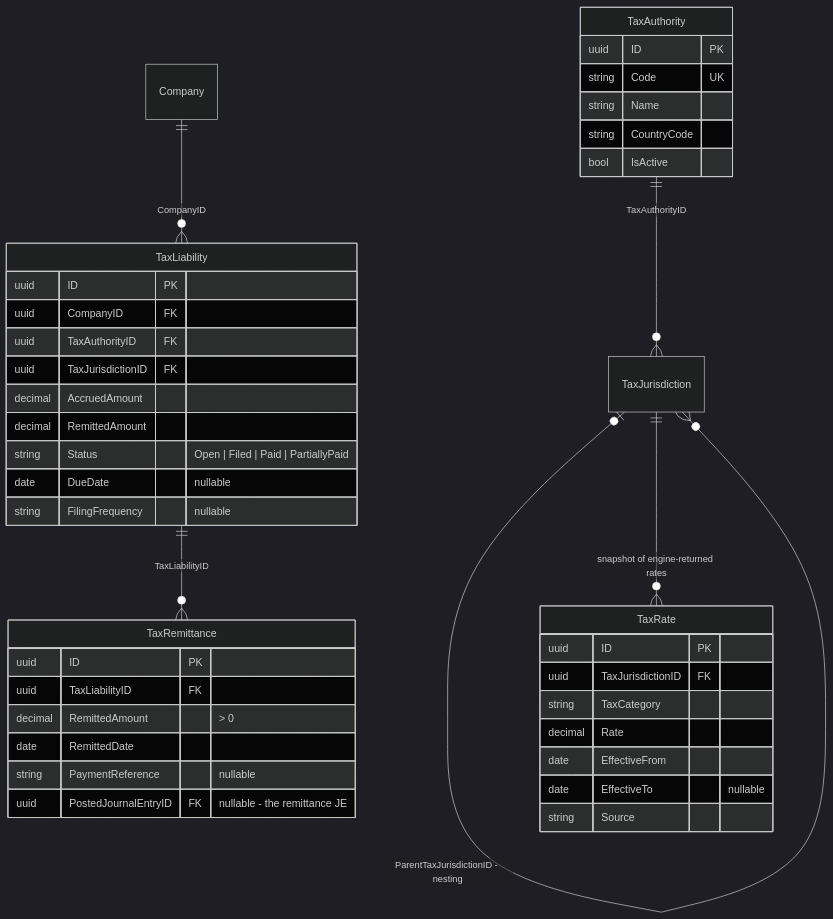
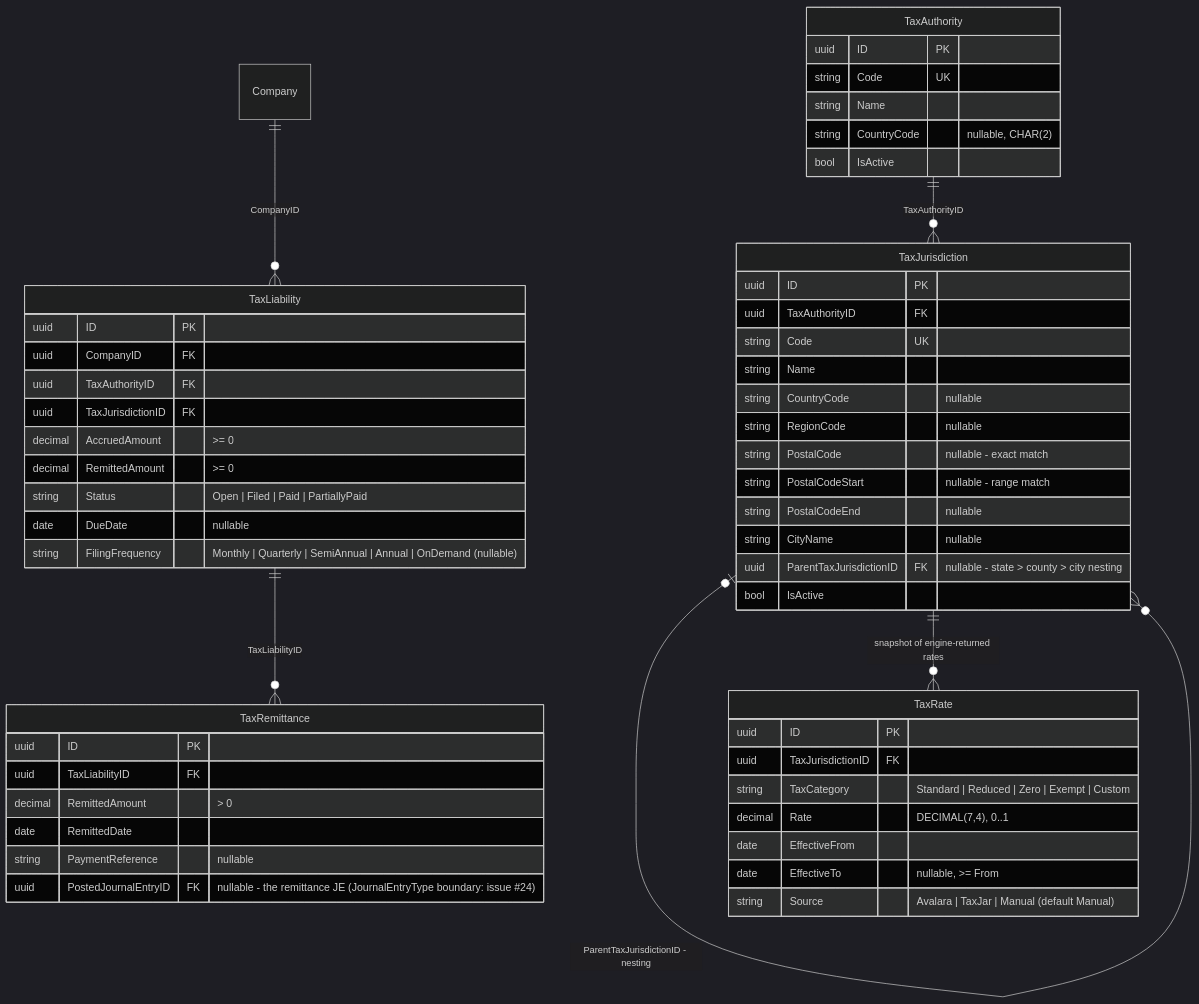
The tenth of 12 diagrams in docs/bizapps-accounting-erd.md (MemberJunction/bizapps-accounting), drawn with Mermaid (dark theme) before and after one commit. The commit also changed other lines of this file and 1 other file, not shown here.

````diff
--- a/docs/bizapps-accounting-erd.md
+++ b/docs/bizapps-accounting-erd.md
@@ -732,44 +754,58 @@
 ```mermaid
 erDiagram
     TaxAuthority ||--o{ TaxJurisdiction : "TaxAuthorityID"
     TaxJurisdiction |o--o{ TaxJurisdiction : "ParentTaxJurisdictionID - nesting"
     TaxJurisdiction ||--o{ TaxRate : "snapshot of engine-returned rates"
     Company ||--o{ TaxLiability : "CompanyID"
     TaxLiability ||--o{ TaxRemittance : "TaxLiabilityID"
 
     TaxAuthority {
         uuid ID PK
         string Code UK
         string Name
-        string CountryCode
+        string CountryCode "nullable, CHAR(2)"
+        bool IsActive
+    }
+    TaxJurisdiction {
+        uuid ID PK
+        uuid TaxAuthorityID FK
+        string Code UK
+        string Name
+        string CountryCode "nullable"
+        string RegionCode "nullable"
+        string PostalCode "nullable - exact match"
+        string PostalCodeStart "nullable - range match"
+        string PostalCodeEnd "nullable"
+        string CityName "nullable"
+        uuid ParentTaxJurisdictionID FK "nullable - state > county > city nesting"
         bool IsActive
     }
     TaxRate {
         uuid ID PK
         uuid TaxJurisdictionID FK
-        string TaxCategory
-        decimal Rate
+        string TaxCategory "Standard | Reduced | Zero | Exempt | Custom"
+        decimal Rate "DECIMAL(7,4), 0..1"
         date EffectiveFrom
-        date EffectiveTo "nullable"
-        string Source
+        date EffectiveTo "nullable, >= From"
+        string Source "Avalara | TaxJar | Manual (default Manual)"
     }
     TaxLiability {
         uuid ID PK
         uuid CompanyID FK
         uuid TaxAuthorityID FK
         uuid TaxJurisdictionID FK
-        decimal AccruedAmount
-        decimal RemittedAmount
+        decimal AccruedAmount ">= 0"
+        decimal RemittedAmount ">= 0"
         string Status "Open | Filed | Paid | PartiallyPaid"
         date DueDate "nullable"
-        string FilingFrequency "nullable"
+        string FilingFrequency "Monthly | Quarterly | SemiAnnual | Annual | OnDemand (nullable)"
     }
     TaxRemittance {
         uuid ID PK
         uuid TaxLiabilityID FK
         decimal RemittedAmount "> 0"
         date RemittedDate
         string PaymentReference "nullable"
-        uuid PostedJournalEntryID FK "nullable - the remittance JE"
+        uuid PostedJournalEntryID FK "nullable - the remittance JE (JournalEntryType boundary: issue #24)"
     }
 ```
````
